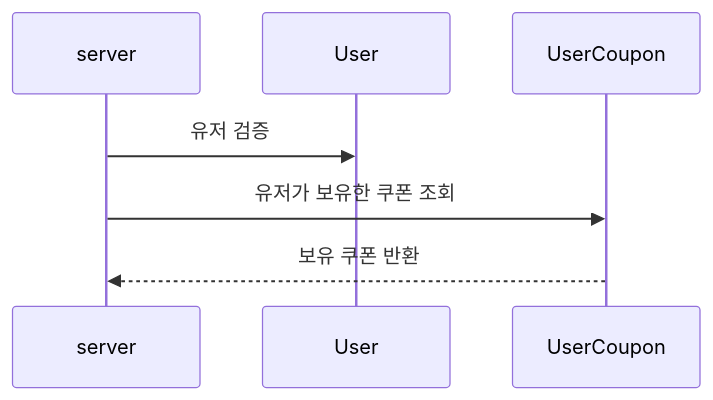
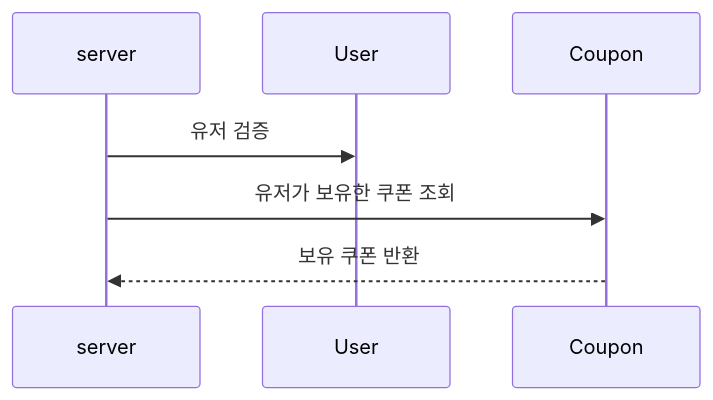
The second of 3 diagrams in docs/specs/coupon.md (alert-kim/e-commerce), drawn with Mermaid before and after one commit. The commit also changed other lines of this file and 14 other files, not shown here.

````diff
--- a/docs/specs/coupon.md
+++ b/docs/specs/coupon.md
@@ -28,10 +22,10 @@
 ```mermaid
 sequenceDiagram
 participant server
 participant User
-participant UserCoupon
+participant Coupon
     server->>User: 유저 검증
     
-    server->>UserCoupon: 유저가 보유한 쿠폰 조회
-    UserCoupon-->>server: 보유 쿠폰 반환
+    server->>Coupon: 유저가 보유한 쿠폰 조회
+    Coupon-->>server: 보유 쿠폰 반환
 ```
````
